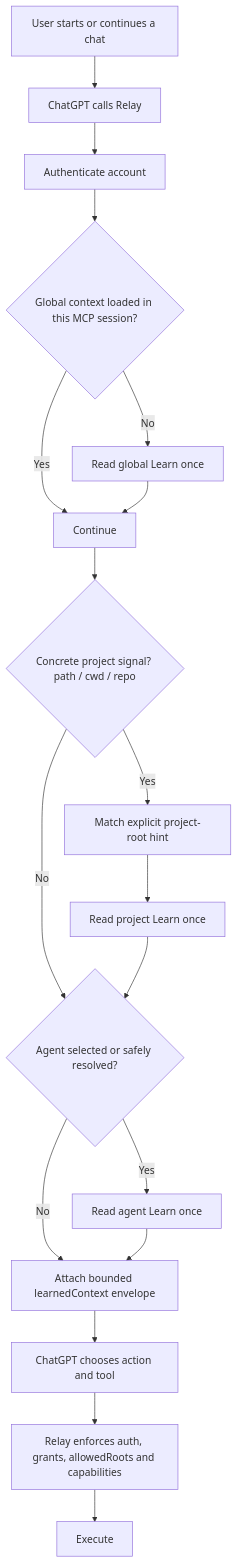
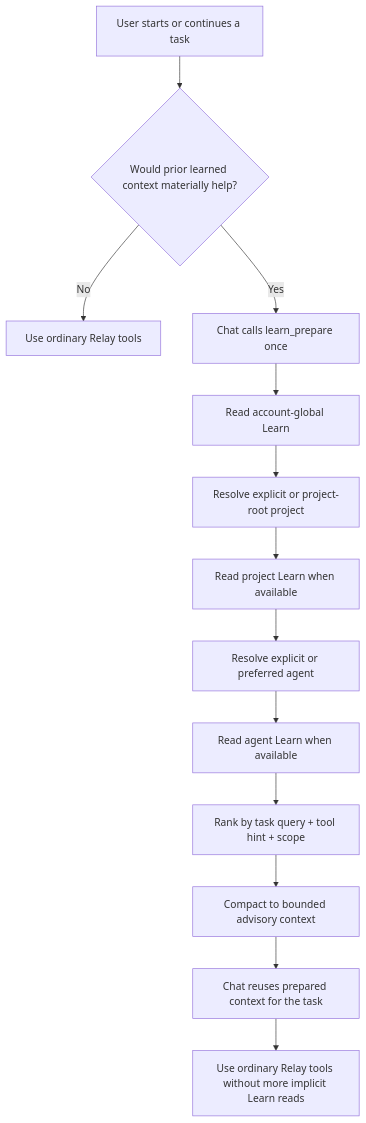
The diagram in README.md (anusornNeal/chat-relay), drawn with Mermaid before and after one commit. The commit also changed other lines of this file and 6 other files, not shown here.

Commit message:
fix: make Learn explicit one-shot

````diff
--- a/README.md
+++ b/README.md
@@ -230,21 +230,15 @@
 ```mermaid
 flowchart TD
-    U[User starts or continues a chat] --> M[ChatGPT calls Relay]
-    M --> A[Authenticate account]
-    A --> G{Global context loaded in this MCP session?}
-    G -- No --> LG[Read global Learn once]
-    G -- Yes --> S[Continue]
-    LG --> S
-    S --> P{Concrete project signal? path / cwd / repo}
-    P -- Yes --> PR[Match explicit project-root hint]
-    PR --> LP[Read project Learn once]
-    P -- No --> AG
-    LP --> AG
-    AG{Agent selected or safely resolved?}
-    AG -- Yes --> LA[Read agent Learn once]
-    AG -- No --> E
-    LA --> E
-    E[Attach bounded learnedContext envelope] --> R[ChatGPT chooses action and tool]
-    R --> SEC[Relay enforces auth, grants, allowedRoots and capabilities]
-    SEC --> X[Execute]
+    U[User starts or continues a task] --> D{Would prior learned context materially help?}
+    D -- No --> R[Use ordinary Relay tools]
+    D -- Yes --> P[Chat calls learn_prepare once]
+    P --> G[Read account-global Learn]
+    G --> K[Resolve explicit or project-root project]
+    K --> PJ[Read project Learn when available]
+    PJ --> A[Resolve explicit or preferred agent]
+    A --> AG[Read agent Learn when available]
+    AG --> Q[Rank by task query + tool hint + scope]
+    Q --> C[Compact to bounded advisory context]
+    C --> R2[Chat reuses prepared context for the task]
+    R2 --> X[Use ordinary Relay tools without more implicit Learn reads]
 ```
````
